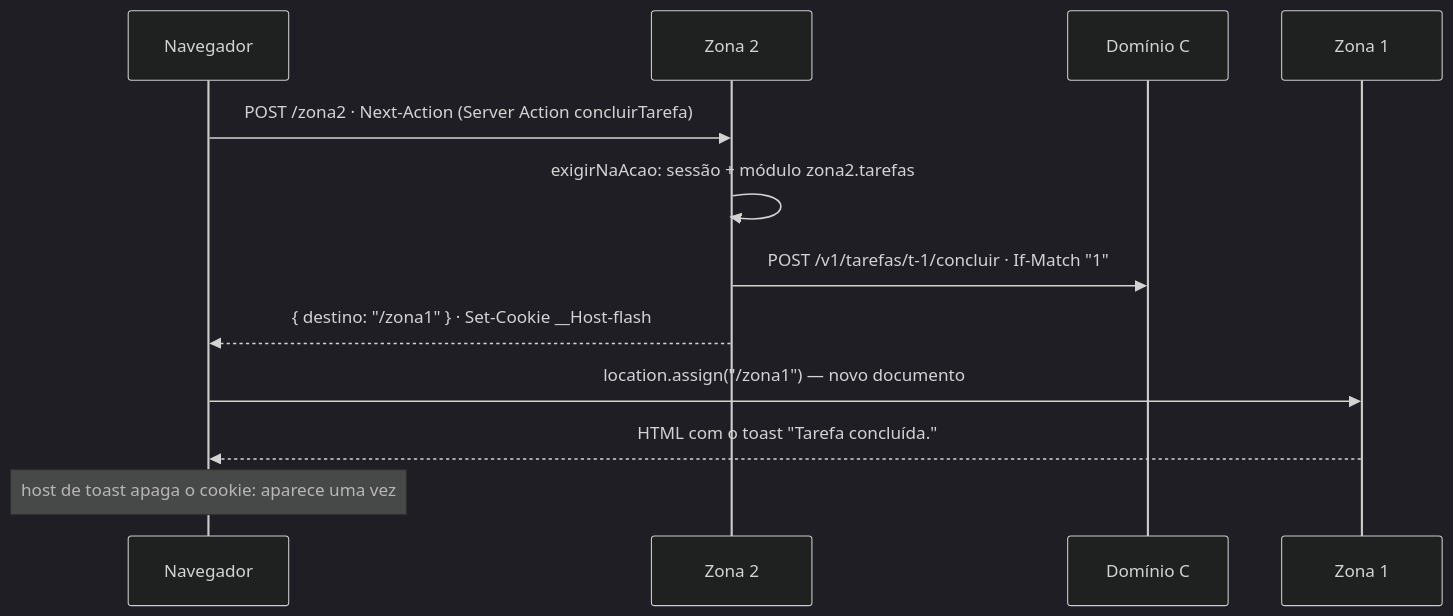
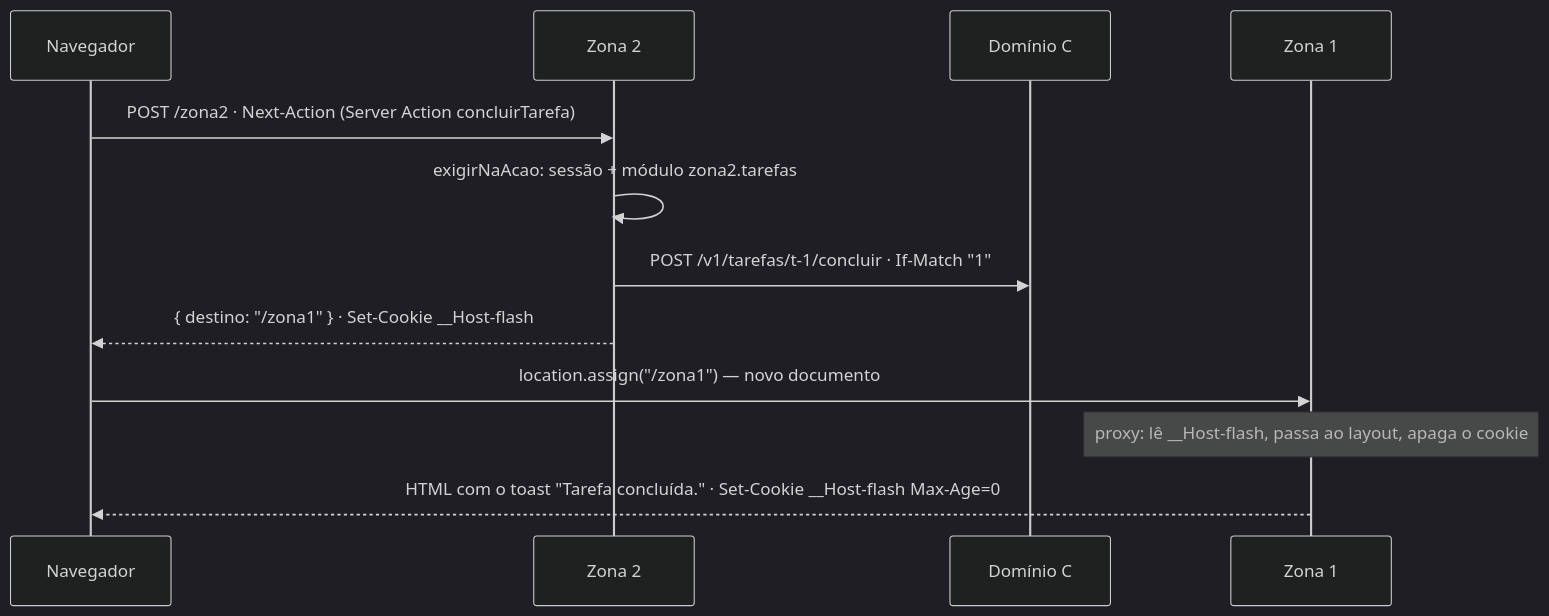
The fourth of 4 diagrams in docs/arquitetura/atual.md (ArtroxGabriel/nextjs-mfe), drawn with Mermaid (dark theme) before and after one commit. The commit also changed other lines of this file and 10 other files, not shown here.

````diff
--- a/docs/arquitetura/atual.md
+++ b/docs/arquitetura/atual.md
@@ -137,14 +138,14 @@
 ```mermaid
 sequenceDiagram
     participant N as Navegador
     participant Z2 as Zona 2
     participant C as Domínio C
     participant Z1 as Zona 1
     N->>Z2: POST /zona2 · Next-Action (Server Action concluirTarefa)
     Z2->>Z2: exigirNaAcao: sessão + módulo zona2.tarefas
     Z2->>C: POST /v1/tarefas/t-1/concluir · If-Match "1"
     Z2-->>N: { destino: "/zona1" } · Set-Cookie __Host-flash
     N->>Z1: location.assign("/zona1") — novo documento
-    Z1-->>N: HTML com o toast "Tarefa concluída."
-    Note over N: host de toast apaga o cookie: aparece uma vez
+    Note over Z1: proxy: lê __Host-flash, passa ao layout, apaga o cookie
+    Z1-->>N: HTML com o toast "Tarefa concluída." · Set-Cookie __Host-flash Max-Age=0
 ```
````
